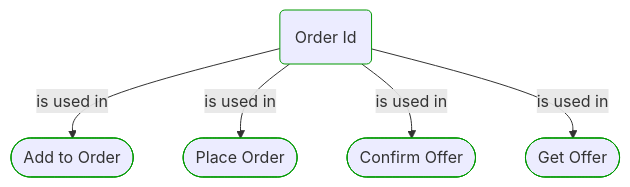
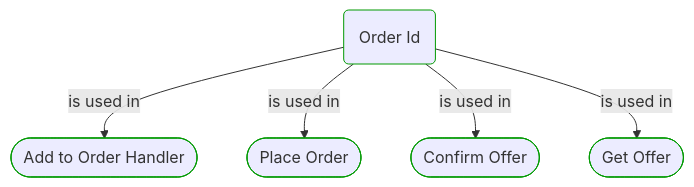
Before and after one commit to itlibrium/DDD-starter-dotnet: the second of 2 diagrams in Docs/P3/MermaidOutput/Domain/Concepts/Sales/Orders/OrderId.md, drawn with Mermaid. The commit also changed other lines of this file and 89 other files, not shown here.

````diff
--- a/Docs/P3/MermaidOutput/Domain/Concepts/Sales/Orders/OrderId.md
+++ b/Docs/P3/MermaidOutput/Domain/Concepts/Sales/Orders/OrderId.md
@@ -59,20 +59,20 @@
 ```mermaid
   flowchart TB
     0(Order Id)
     class 0 DomainPerspective
-    1([Add to Order])
+    1([Add to Order Handler])
     class 1 DomainPerspective
     0-->|is used in|1
     2([Place Order])
     class 2 DomainPerspective
     0-->|is used in|2
     3([Confirm Offer])
     class 3 DomainPerspective
     0-->|is used in|3
     4([Get Offer])
     class 4 DomainPerspective
     0-->|is used in|4
     classDef DomainPerspective stroke:#009900
     classDef TechnologyPerspective stroke:#1F41EB
     classDef PeoplePerspective stroke:#FFF014
 ```
````
